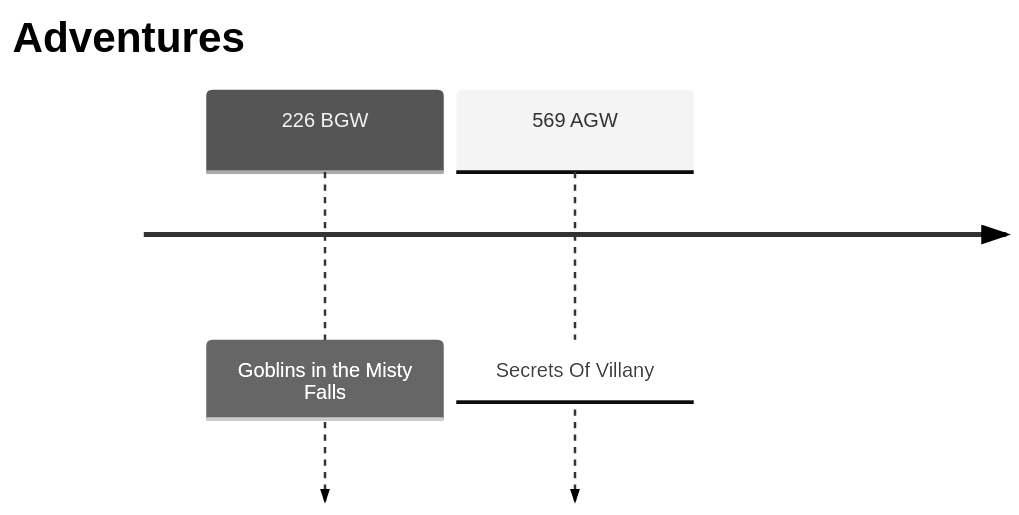
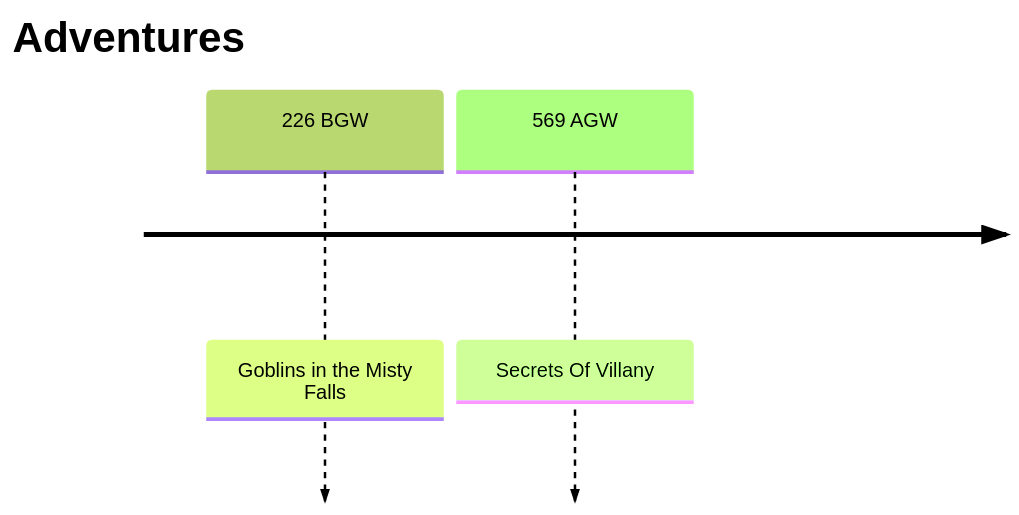
Before and after one commit to KrakenIsHere/The-Vineheart-Realm: the fourth of 4 diagrams in 0. World/The Timelines.md, drawn with Mermaid. The commit also changed other lines of this file, not shown here.

First line of the commit message:
Expand and refine timeline details in The Timelines.md

````diff
--- a/0. World/The Timelines.md
+++ b/0. World/The Timelines.md
@@ -35,8 +51,8 @@
 ```mermaid
-%%{init: {'theme':'neutral'}}%%
+%%{init: {'theme':'forest'}}%%
 timeline
     title Adventures
 
 	226 BGW : Goblins in the Misty Falls
     569 AGW : Secrets Of Villany
 ```
````
